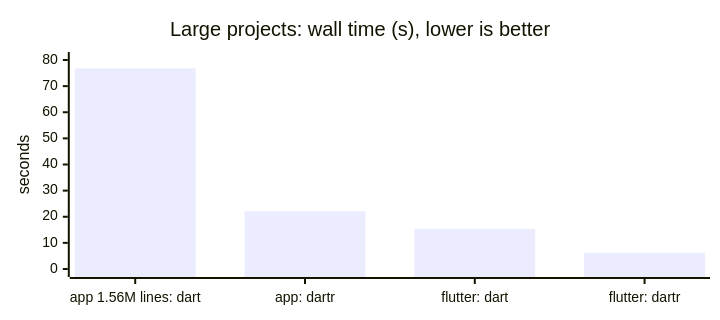
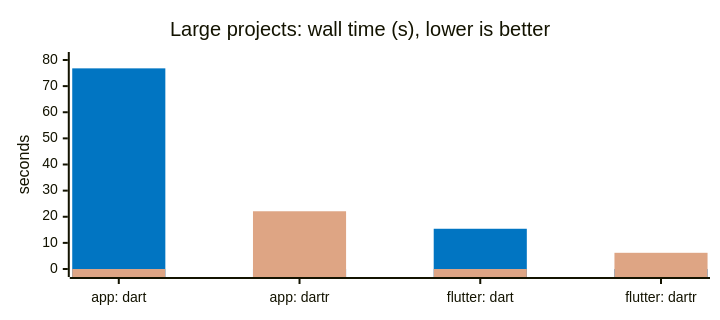
Before and after one commit to orestesgaolin/dartr: the first of 2 diagrams in README.md, drawn with Mermaid. The commit also changed other lines of this file, not shown here.

````diff
--- a/README.md
+++ b/README.md
@@ -137,12 +137,16 @@
 ```mermaid
 ---
 config:
   xyChart:
     height: 300
+  themeVariables:
+    xyChart:
+      plotColorPalette: "#0175C2, #DEA584"
 ---
 xychart-beta
     title "Large projects: wall time (s), lower is better"
-    x-axis ["app 1.56M lines: dart", "app: dartr", "flutter: dart", "flutter: dartr"]
+    x-axis ["app: dart", "app: dartr", "flutter: dart", "flutter: dartr"]
     y-axis "seconds" 0 --> 80
-    bar [76.8, 22.1, 15.4, 6.2]
+    bar [76.8, 0, 15.4, 0]
+    bar [0, 22.1, 0, 6.2]
 ```
````
